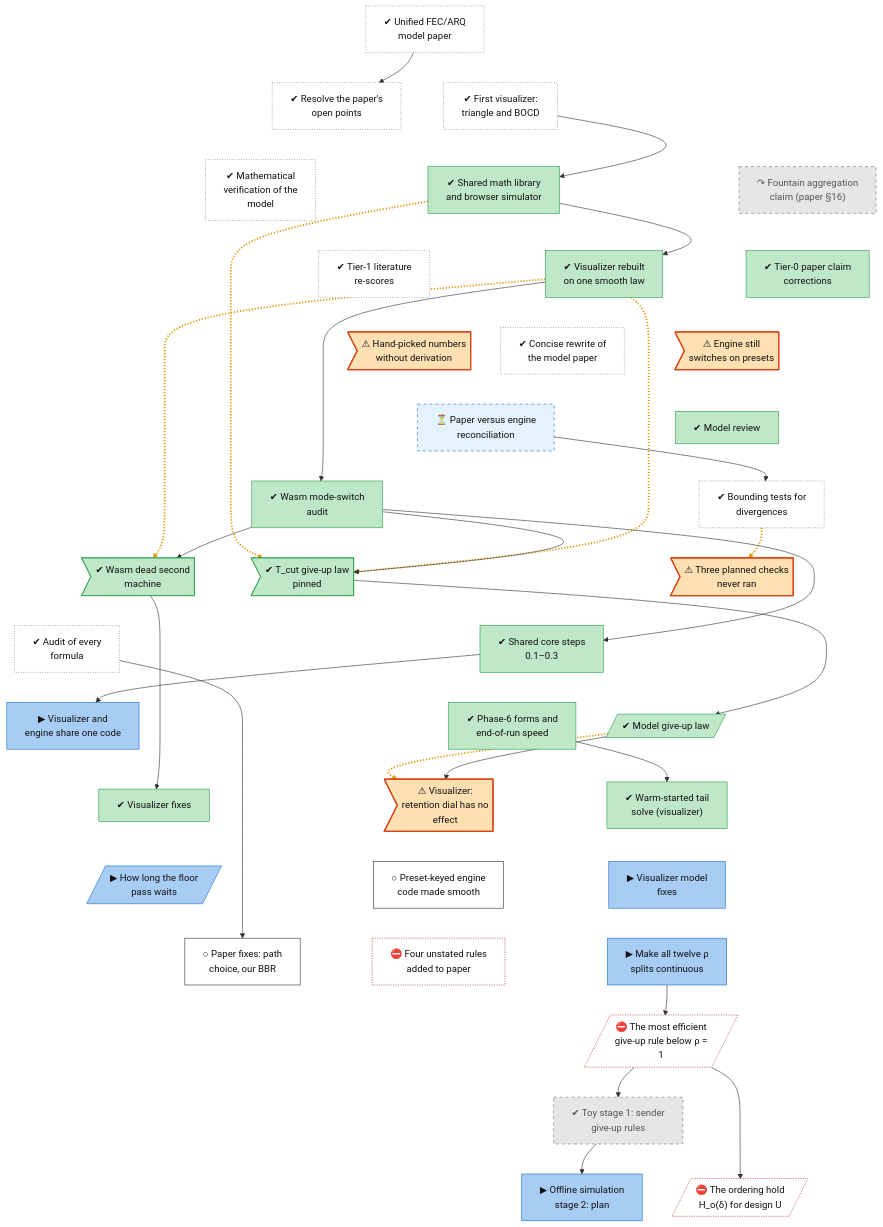
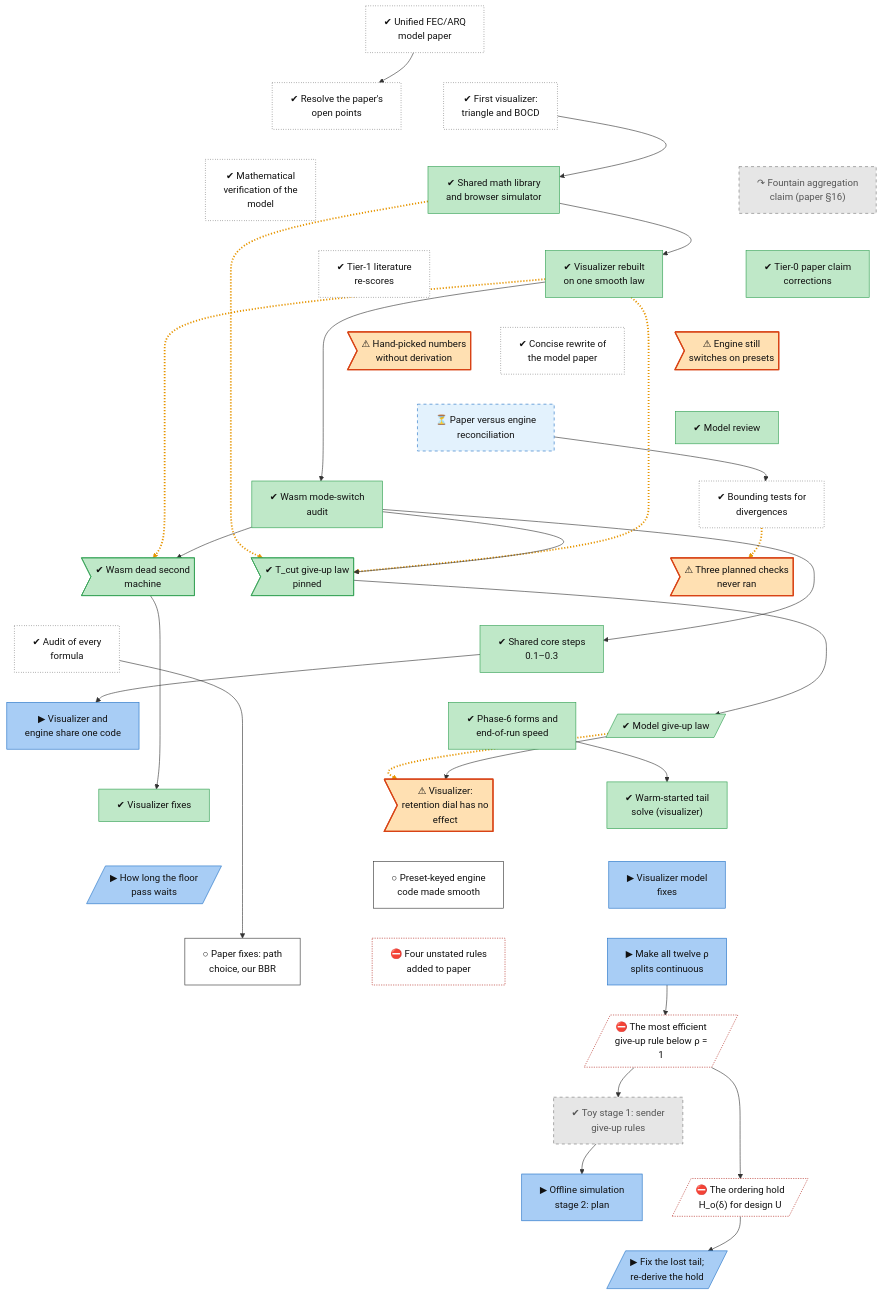
Before and after one commit to lhns/raptorpath: the diagram in docs/roadmap/tracks/model.md, drawn with Mermaid. The commit also changed other lines of this file and 5 other files, not shown here.

Commit message:
roadmap: owner answers 2026-11-22 (one guard confirmed; lost-tail fix first, sender build on hold; W not confirmed, hold re-derived; disorder measurement defaults confirmed); stage-1 separate-floor numbers marked unreliable; age gate degenerate at N=1

````diff
--- a/docs/roadmap/tracks/model.md
+++ b/docs/roadmap/tracks/model.md
@@ -46,6 +46,7 @@
     model_toy_stage1["✔ Toy stage 1: sender<br/>give-up rules"]
     model_toy_stage2_plan["▶ Offline simulation<br/>stage 2: plan"]
     model_ordering_hold[/"⛔ The ordering hold<br/>H_o(δ) for design U"/]
+    model_tail_and_hold[/"▶ Fix the lost tail;<br/>re-derive the hold"/]
     model_paper_v1 ~~~ model_open_points
     model_paper_v1 ~~~ model_visualizer_v1
     model_open_points ~~~ model_wasm_l0
@@ -86,6 +87,8 @@
     model_skip_rule_efficiency ~~~ model_toy_stage1
     model_toy_stage1 ~~~ model_toy_stage2_plan
     model_toy_stage1 ~~~ model_ordering_hold
+    model_toy_stage2_plan ~~~ model_tail_and_hold
+    model_ordering_hold ~~~ model_tail_and_hold
     model_paper_v1 --> model_open_points
     model_visualizer_v1 --> model_wasm_l0
     model_wasm_l0 -.-> model_defect_tcut
@@ -109,7 +112,8 @@
     model_skip_rule_efficiency --> model_toy_stage1
     model_toy_stage1 --> model_toy_stage2_plan
     model_skip_rule_efficiency --> model_ordering_hold
-    linkStyle 42,44,45,47,54 stroke:#e69500,stroke-width:3px,stroke-dasharray:2 3
+    model_ordering_hold --> model_tail_and_hold
+    linkStyle 44,46,47,49,56 stroke:#e69500,stroke-width:3px,stroke-dasharray:2 3
     classDef vsucc fill:#2e9e4f,stroke:#1b6b34,color:#fff
     classDef succ fill:#bfe8c8,stroke:#2e9e4f,color:#111
     classDef mixed fill:#ffd37a,stroke:#c98a00,color:#111
@@ -129,7 +133,7 @@
     class model_s16_fountain,model_toy_stage1 dead
     class model_mode_switch_debts,model_open_constants,model_bound_tests_unrun,model_defect_rho_inert finding
     class model_paper_recon waiting
-    class model_shared_core,model_floor_hold,model_wasm_fixes,model_rho_step_sites,model_toy_stage2_plan inprog
+    class model_shared_core,model_floor_hold,model_wasm_fixes,model_rho_step_sites,model_toy_stage2_plan,model_tail_and_hold inprog
     class model_fix_hint_keyed_paths,model_fix_paper_p2 next
     class model_fix_paper_p3,model_skip_rule_efficiency,model_ordering_hold blocked
 ```
````
